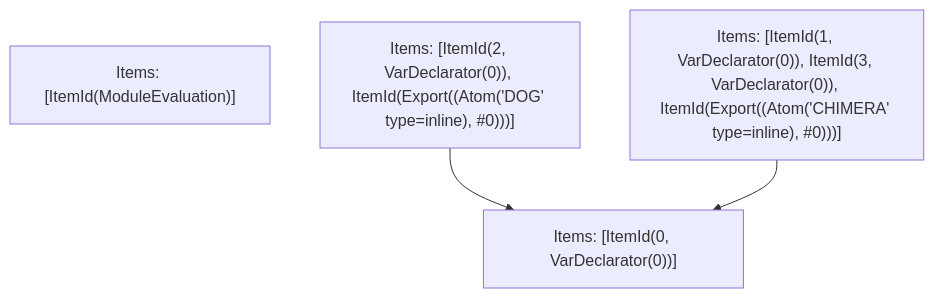
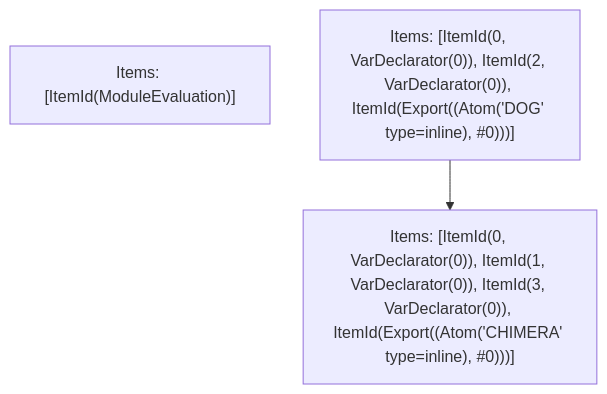
The fifth of 5 diagrams in crates/turbopack-ecmascript/tests/tree-shaker/analyzer/simple/output.md (vercel/turborepo), drawn with Mermaid before and after one commit. The commit also changed other lines of this file and 3 other files, not shown here.

````diff
--- a/crates/turbopack-ecmascript/tests/tree-shaker/analyzer/simple/output.md
+++ b/crates/turbopack-ecmascript/tests/tree-shaker/analyzer/simple/output.md
@@ -120,9 +120,7 @@
 ```mermaid
 graph TD
     N0["Items: [ItemId(ModuleEvaluation)]"];
-    N1["Items: [ItemId(2, VarDeclarator(0)), ItemId(Export((Atom('DOG' type=inline), #0)))]"];
-    N2["Items: [ItemId(1, VarDeclarator(0)), ItemId(3, VarDeclarator(0)), ItemId(Export((Atom('CHIMERA' type=inline), #0)))]"];
-    N3["Items: [ItemId(0, VarDeclarator(0))]"];
-    N1 --> N3;
-    N2 --> N3;
+    N1["Items: [ItemId(0, VarDeclarator(0)), ItemId(2, VarDeclarator(0)), ItemId(Export((Atom('DOG' type=inline), #0)))]"];
+    N2["Items: [ItemId(0, VarDeclarator(0)), ItemId(1, VarDeclarator(0)), ItemId(3, VarDeclarator(0)), ItemId(Export((Atom('CHIMERA' type=inline), #0)))]"];
+    N1 --> N2;
 ```
````
